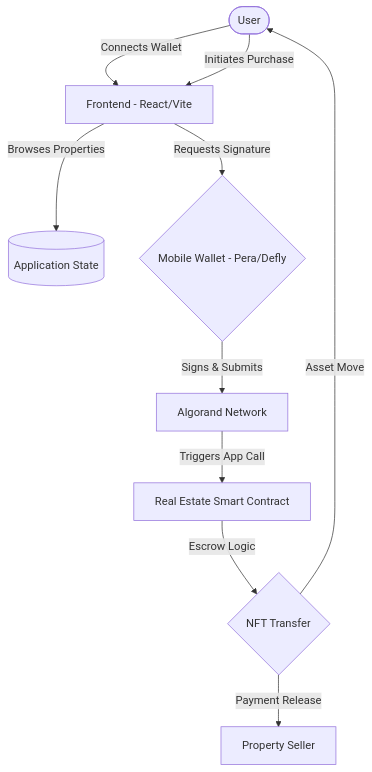
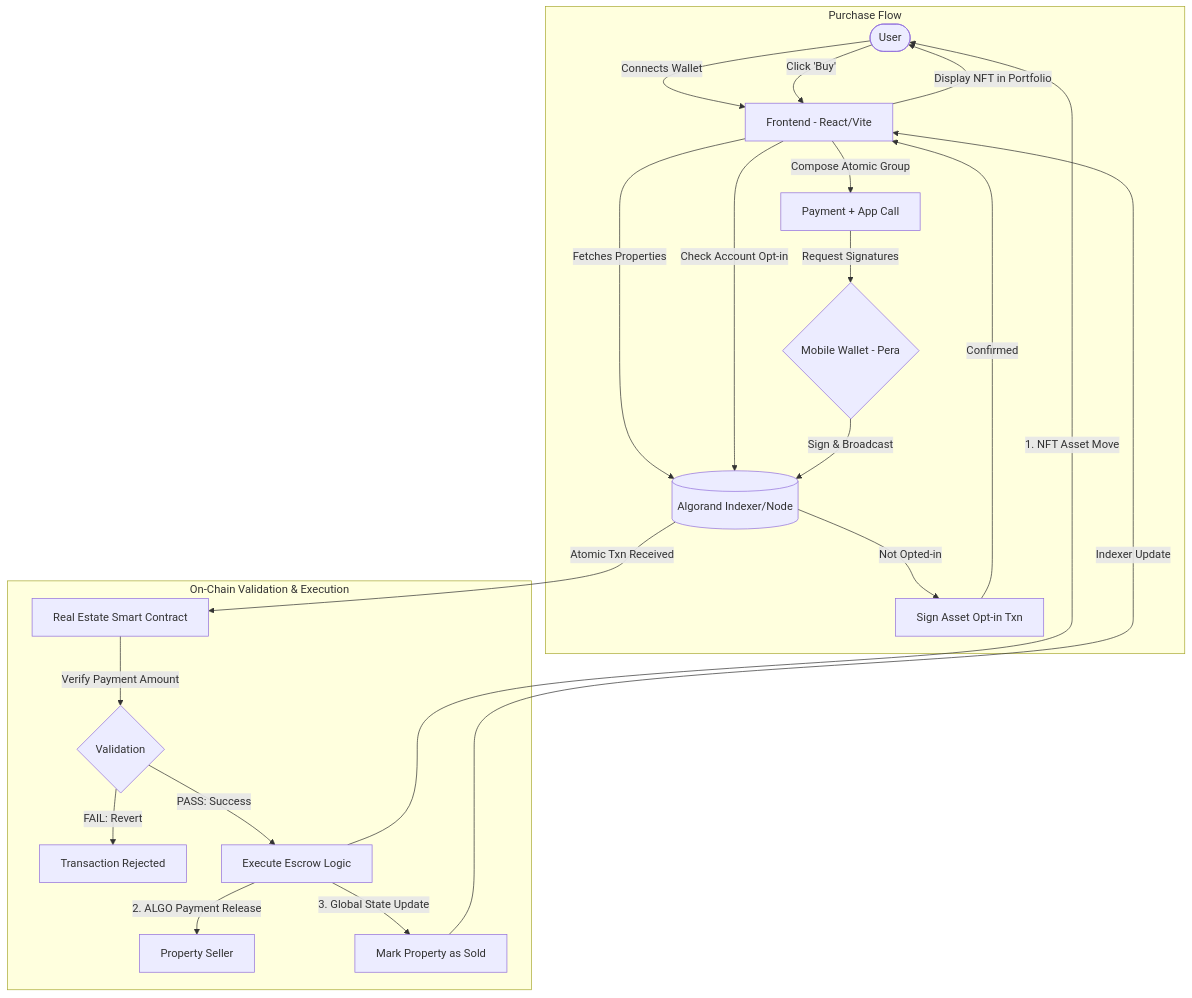
One commit to akash150149/AlgoMakan changed the diagram in README.md. Above: the diagram before and after it, drawn with Mermaid.

Commit message:
flowchart changes

````diff
--- a/README.md
+++ b/README.md
@@ -11,12 +11,31 @@
 ```mermaid
 graph TD
     User([User]) -->|Connects Wallet| FE[Frontend - React/Vite]
-    FE -->|Browses Properties| DB[(Application State)]
-    User -->|Initiates Purchase| FE
-    FE -->|Requests Signature| Wallet{Mobile Wallet - Pera/Defly}
-    Wallet -->|Signs & Submits| Algorand[Algorand Network]
-    Algorand -->|Triggers App Call| SC[Real Estate Smart Contract]
-    SC -->|Escrow Logic| Transfer{NFT Transfer}
-    Transfer -->|Asset Move| User
-    Transfer -->|Payment Release| Seller[Property Seller]
+    FE -->|Fetches Properties| Algorand[(Algorand Indexer/Node)]
+    
+    subgraph Purchase Flow
+        User -->|Click 'Buy'| FE
+        FE -->|Check Account Opt-in| Algorand
+        
+        Algorand -->|Not Opted-in| OptIn[Sign Asset Opt-in Txn]
+        OptIn -->|Confirmed| FE
+        
+        FE -->|Compose Atomic Group| Txns[Payment + App Call]
+        Txns -->|Request Signatures| Wallet{Mobile Wallet - Pera}
+        Wallet -->|Sign & Broadcast| Algorand
+    end
+
+    subgraph On-Chain Validation & Execution
+        Algorand -->|Atomic Txn Received| SC[Real Estate Smart Contract]
+        SC -->|Verify Payment Amount| Valid{Validation}
+        Valid -->|FAIL: Revert| Error[Transaction Rejected]
+        Valid -->|PASS: Success| Logic[Execute Escrow Logic]
+        
+        Logic -->|1. NFT Asset Move| User
+        Logic -->|2. ALGO Payment Release| Seller[Property Seller]
+        Logic -->|3. Global State Update| Sold[Mark Property as Sold]
+    end
+
+    Sold -->|Indexer Update| FE
+    FE -->|Display NFT in Portfolio| User
 ```
````
